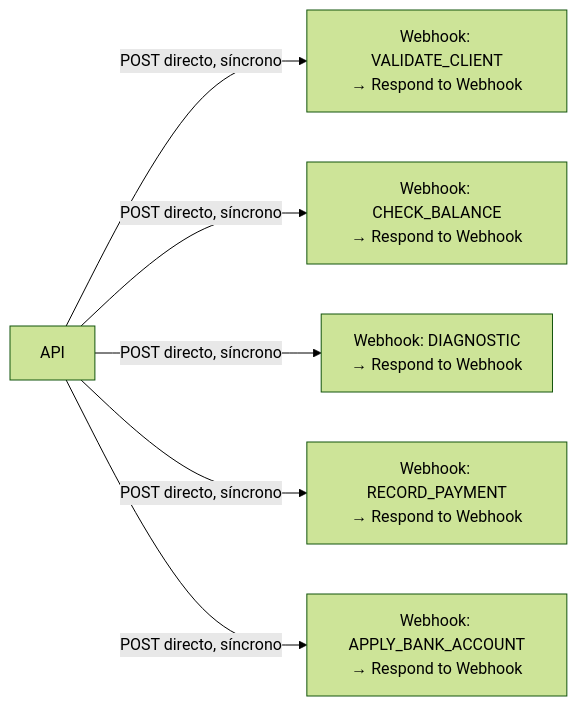
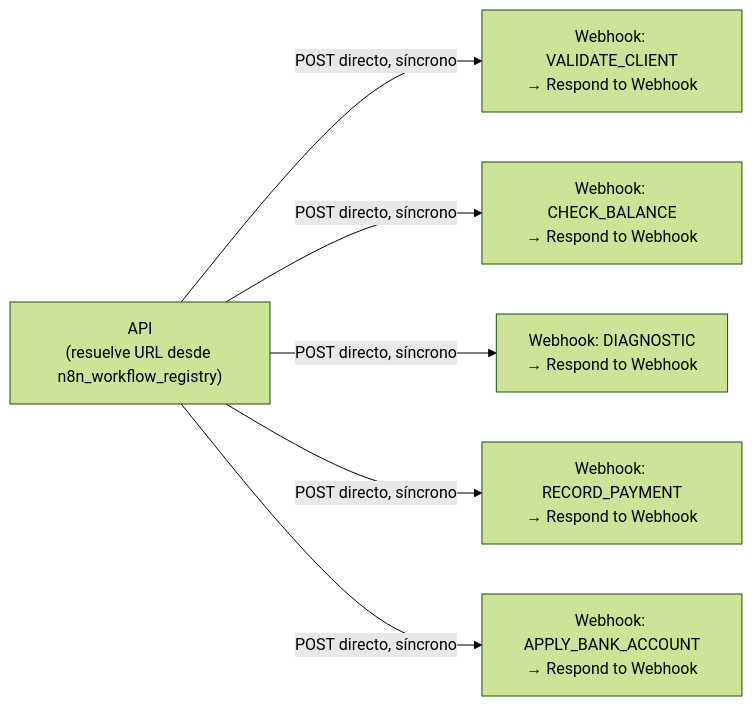
The diagram in docs/spec/04_N8N_WORKFLOW_SPEC.md (xintegrumdevaf/internal_sys_comunication_backend), drawn with Mermaid (forest theme) before and after one commit. The commit also changed other lines of this file and 7 other files, not shown here.

````diff
--- a/docs/spec/04_N8N_WORKFLOW_SPEC.md
+++ b/docs/spec/04_N8N_WORKFLOW_SPEC.md
@@ -15,8 +15,8 @@
 ```mermaid
 flowchart LR
-    API -->|"POST directo, síncrono"| VC["Webhook: VALIDATE_CLIENT\n→ Respond to Webhook"]
+    API["API\n(resuelve URL desde n8n_workflow_registry)"] -->|"POST directo, síncrono"| VC["Webhook: VALIDATE_CLIENT\n→ Respond to Webhook"]
     API -->|"POST directo, síncrono"| CB["Webhook: CHECK_BALANCE\n→ Respond to Webhook"]
     API -->|"POST directo, síncrono"| DX["Webhook: DIAGNOSTIC\n→ Respond to Webhook"]
     API -->|"POST directo, síncrono"| RP["Webhook: RECORD_PAYMENT\n→ Respond to Webhook"]
     API -->|"POST directo, síncrono"| BA["Webhook: APPLY_BANK_ACCOUNT\n→ Respond to Webhook"]
 ```
````
